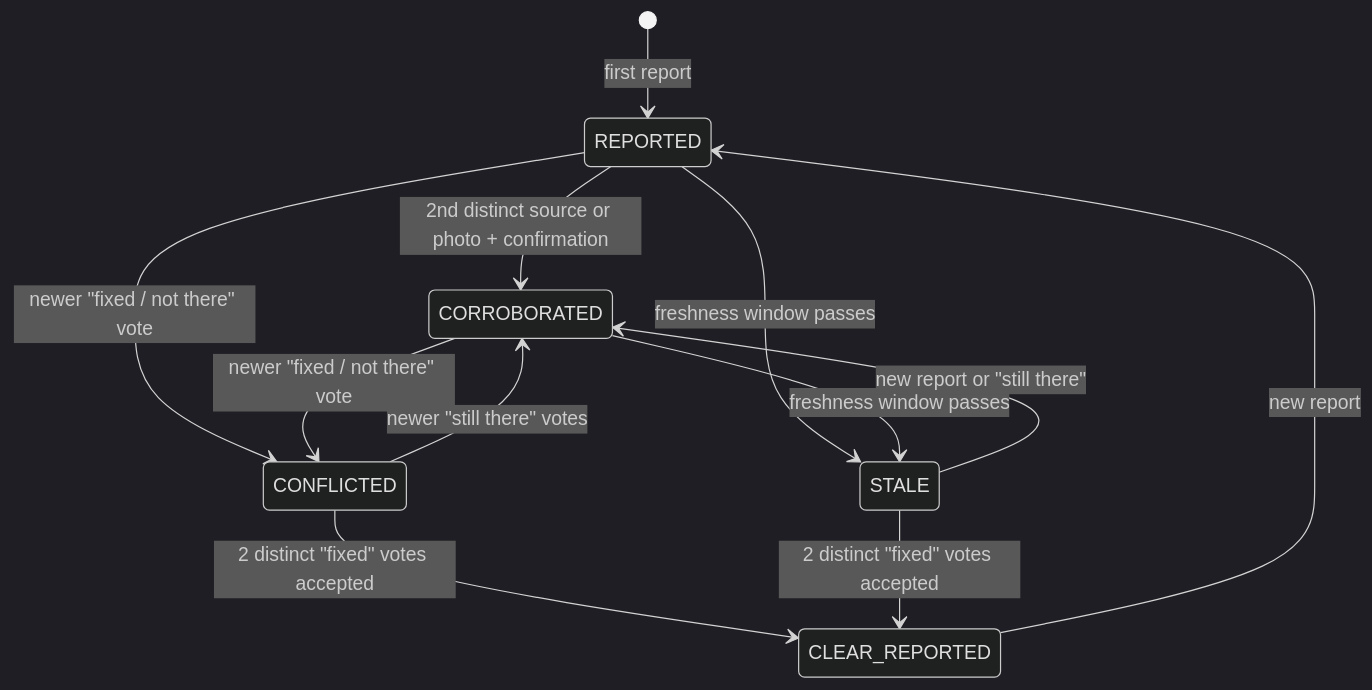
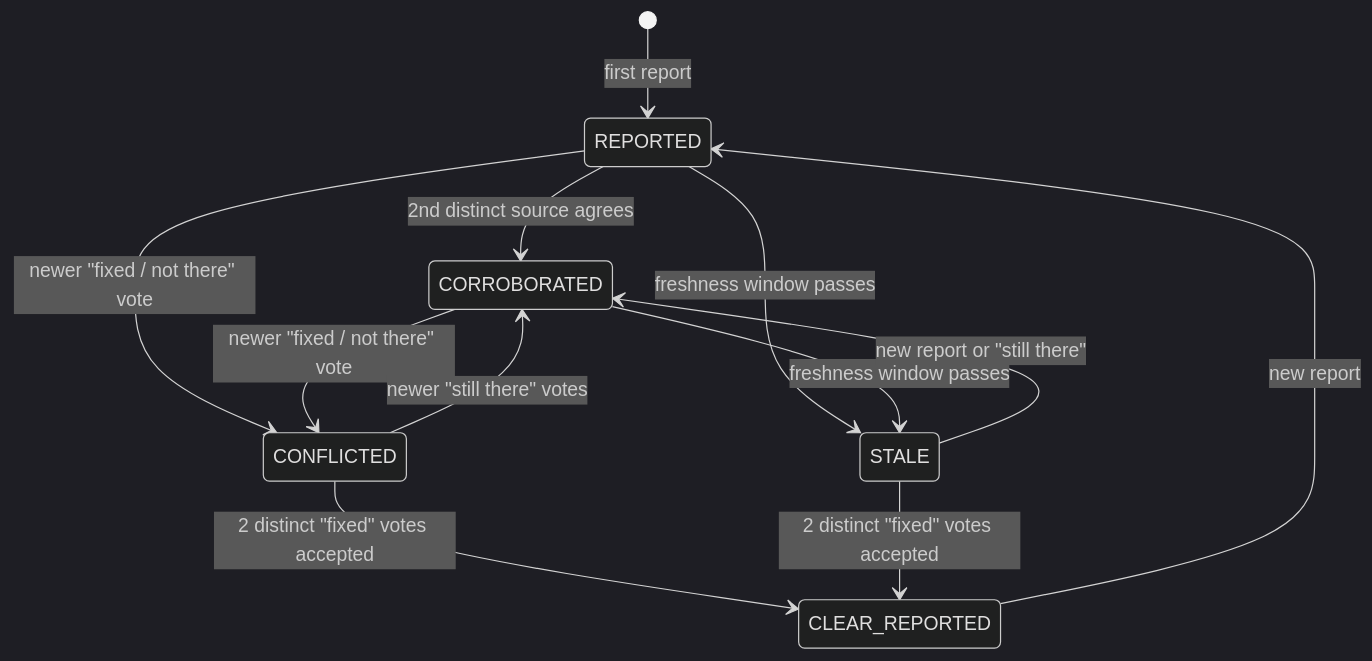
One commit to 4-thkind/Kestrel changed the fourth of 15 diagrams in README.md. Above: the diagram before and after it, drawn with Mermaid (dark theme). The commit also changed other lines of this file, not shown here.

````diff
--- a/README.md
+++ b/README.md
@@ -193,14 +194,14 @@
 ```mermaid
 stateDiagram-v2
   [*] --> REPORTED: first report
-  REPORTED --> CORROBORATED: 2nd distinct source or photo + confirmation
+  REPORTED --> CORROBORATED: 2nd distinct source agrees
   REPORTED --> CONFLICTED: newer "fixed / not there" vote
   CORROBORATED --> CONFLICTED: newer "fixed / not there" vote
   CONFLICTED --> CORROBORATED: newer "still there" votes
   REPORTED --> STALE: freshness window passes
   CORROBORATED --> STALE: freshness window passes
   STALE --> CORROBORATED: new report or "still there"
   CONFLICTED --> CLEAR_REPORTED: 2 distinct "fixed" votes accepted
   STALE --> CLEAR_REPORTED: 2 distinct "fixed" votes accepted
   CLEAR_REPORTED --> REPORTED: new report
 ```
````
